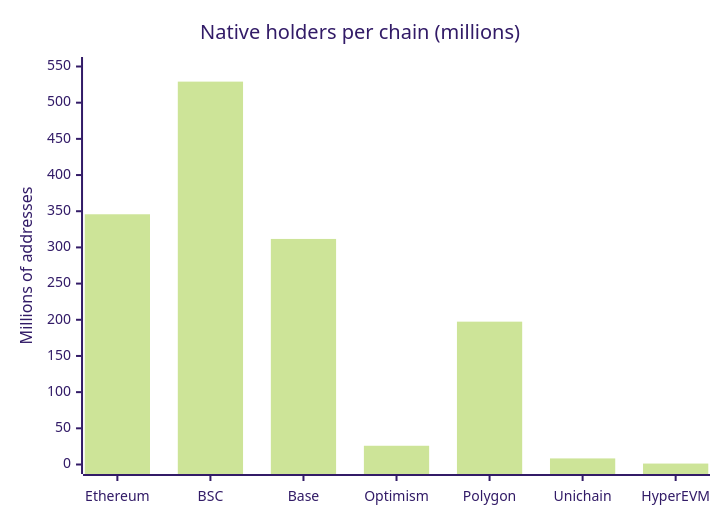
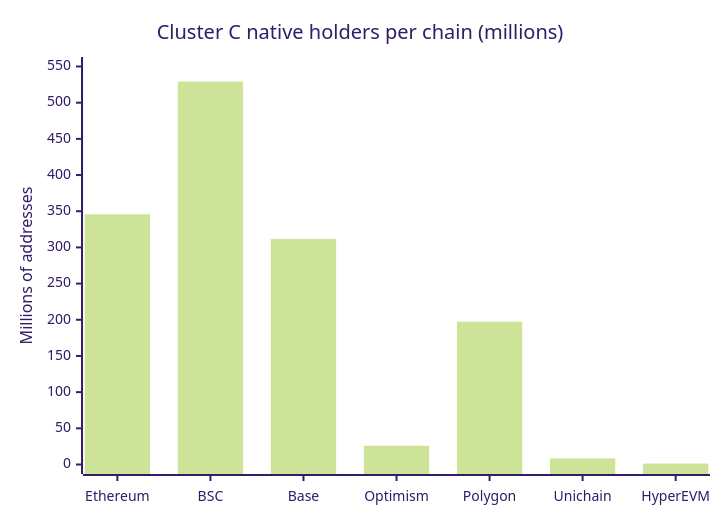
Before and after one commit to pinax-network/substreams-evm-balances: the fourth of 4 diagrams in docs/deployment-status.md, drawn with Mermaid (forest theme). The commit also changed other lines of this file, not shown here.

````diff
--- a/docs/deployment-status.md
+++ b/docs/deployment-status.md
@@ -218,7 +463,7 @@
 ```mermaid
 xychart-beta
-  title "Native holders per chain (millions)"
+  title "Cluster C native holders per chain (millions)"
   x-axis [Ethereum, BSC, Base, Optimism, Polygon, Unichain, HyperEVM]
   y-axis "Millions of addresses" 0 --> 550
   bar [345.8, 529.1, 311.7, 25.9, 197.4, 8.4, 1.3]
 ```
````
